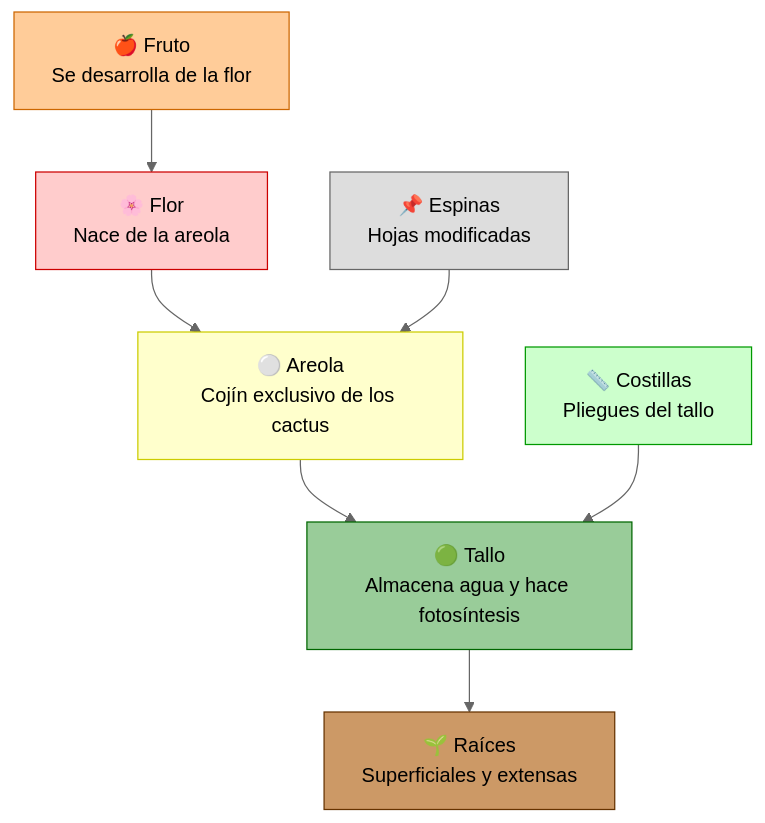
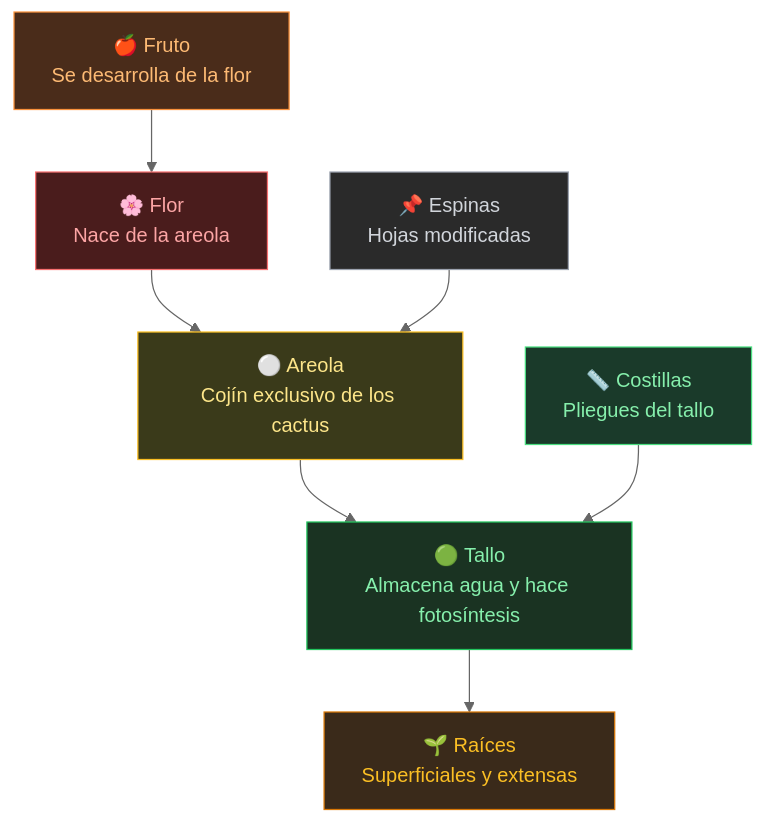
The diagram in especialidades/EN/cactus.md (afromankenobi/especialidades_conquistadores), drawn with Mermaid (neutral theme) before and after one commit. The commit also changed other lines of this file and 9 other files, not shown here.

````diff
--- a/especialidades/EN/cactus.md
+++ b/especialidades/EN/cactus.md
@@ -60,25 +60,25 @@
 ```mermaid
 graph TD
     FL["🌸 Flor<br/>Nace de la areola"]
     FR["🍎 Fruto<br/>Se desarrolla de la flor"]
     ES["📌 Espinas<br/>Hojas modificadas"]
     AR["⚪ Areola<br/>Cojín exclusivo de los cactus"]
     CO["📏 Costillas<br/>Pliegues del tallo"]
     TA["🟢 Tallo<br/>Almacena agua y hace fotosíntesis"]
     RA["🌱 Raíces<br/>Superficiales y extensas"]
 
     FL --> AR
     FR --> FL
     ES --> AR
     AR --> TA
     CO --> TA
     TA --> RA
 
-    style FL fill:#ffcccc,stroke:#cc0000
-    style FR fill:#ffcc99,stroke:#cc6600
-    style ES fill:#dddddd,stroke:#666666
-    style AR fill:#ffffcc,stroke:#cccc00
-    style CO fill:#ccffcc,stroke:#009900
-    style TA fill:#99cc99,stroke:#006600
-    style RA fill:#cc9966,stroke:#663300
+    style FL fill:#4a1c1c,stroke:#f87171,color:#fca5a5
+    style FR fill:#4a2c1a,stroke:#fb923c,color:#fdba74
+    style ES fill:#2a2a2a,stroke:#9ca3af,color:#d1d5db
+    style AR fill:#3a3a1a,stroke:#fbbf24,color:#fde68a
+    style CO fill:#1a3a2a,stroke:#4ade80,color:#86efac
+    style TA fill:#1a3322,stroke:#22c55e,color:#86efac
+    style RA fill:#3a2a1a,stroke:#d97706,color:#fbbf24
 ```
````
